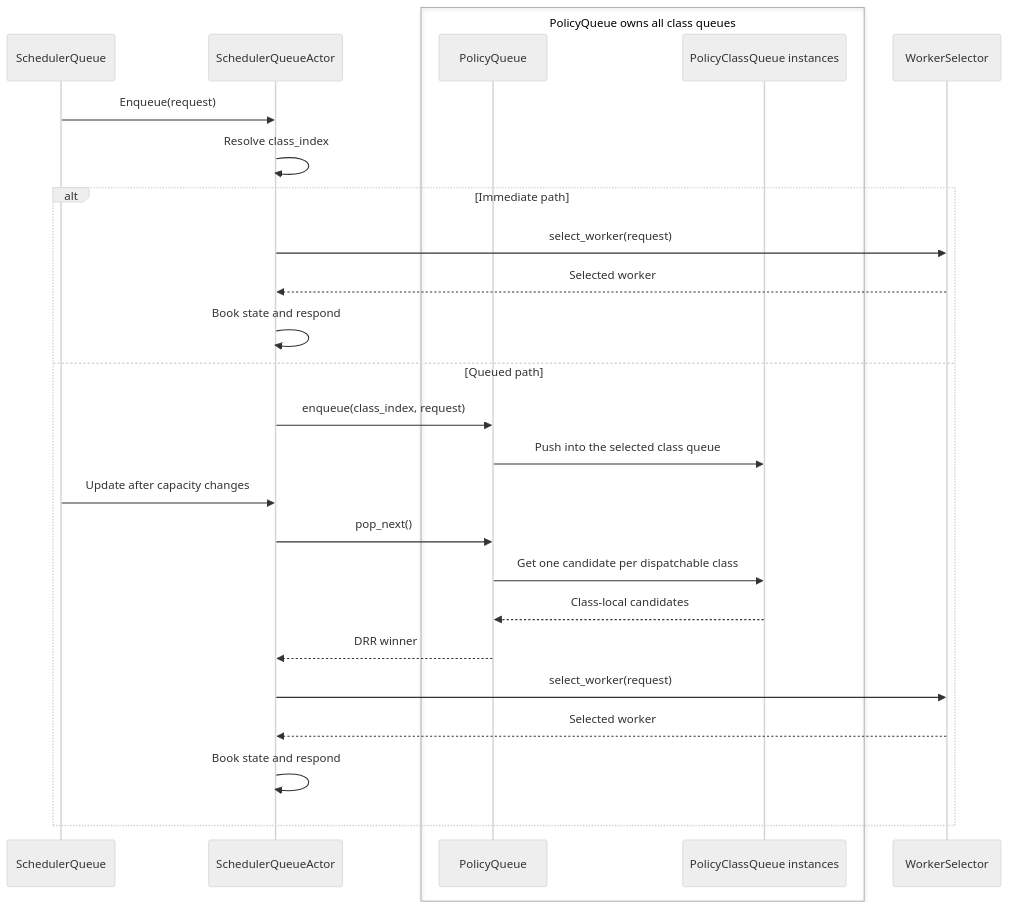
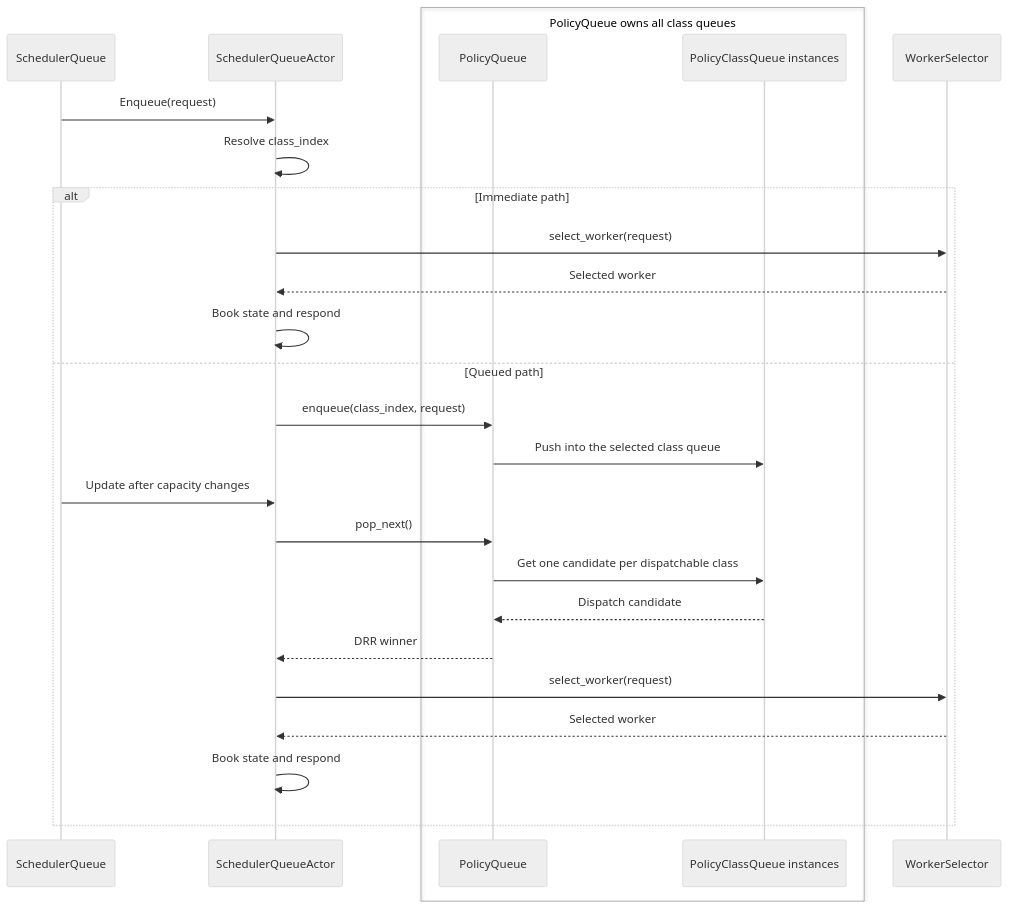
One commit to ai-dynamo/dynamo changed the diagram in lib/kv-router/src/scheduling/CLAUDE.md. Above: the diagram before and after it, drawn with Mermaid (neutral theme). The commit also changed other lines of this file and 1 other file, not shown here.

Commit message:
refactor(router): clarify dispatch candidate naming

````diff
--- a/lib/kv-router/src/scheduling/CLAUDE.md
+++ b/lib/kv-router/src/scheduling/CLAUDE.md
@@ -10,29 +10,29 @@
 ```mermaid
 sequenceDiagram
     participant H as SchedulerQueue
     participant A as SchedulerQueueActor
     box PolicyQueue owns all class queues
         participant P as PolicyQueue
         participant C as PolicyClassQueue instances
     end
     participant S as WorkerSelector
 
     H->>A: Enqueue(request)
     A->>A: Resolve class_index
     alt Immediate path
         A->>S: select_worker(request)
         S-->>A: Selected worker
         A->>A: Book state and respond
     else Queued path
         A->>P: enqueue(class_index, request)
         P->>C: Push into the selected class queue
         H->>A: Update after capacity changes
         A->>P: pop_next()
         P->>C: Get one candidate per dispatchable class
-        C-->>P: Class-local candidates
+        C-->>P: Dispatch candidate
         P-->>A: DRR winner
         A->>S: select_worker(request)
         S-->>A: Selected worker
         A->>A: Book state and respond
     end
 ```
````
